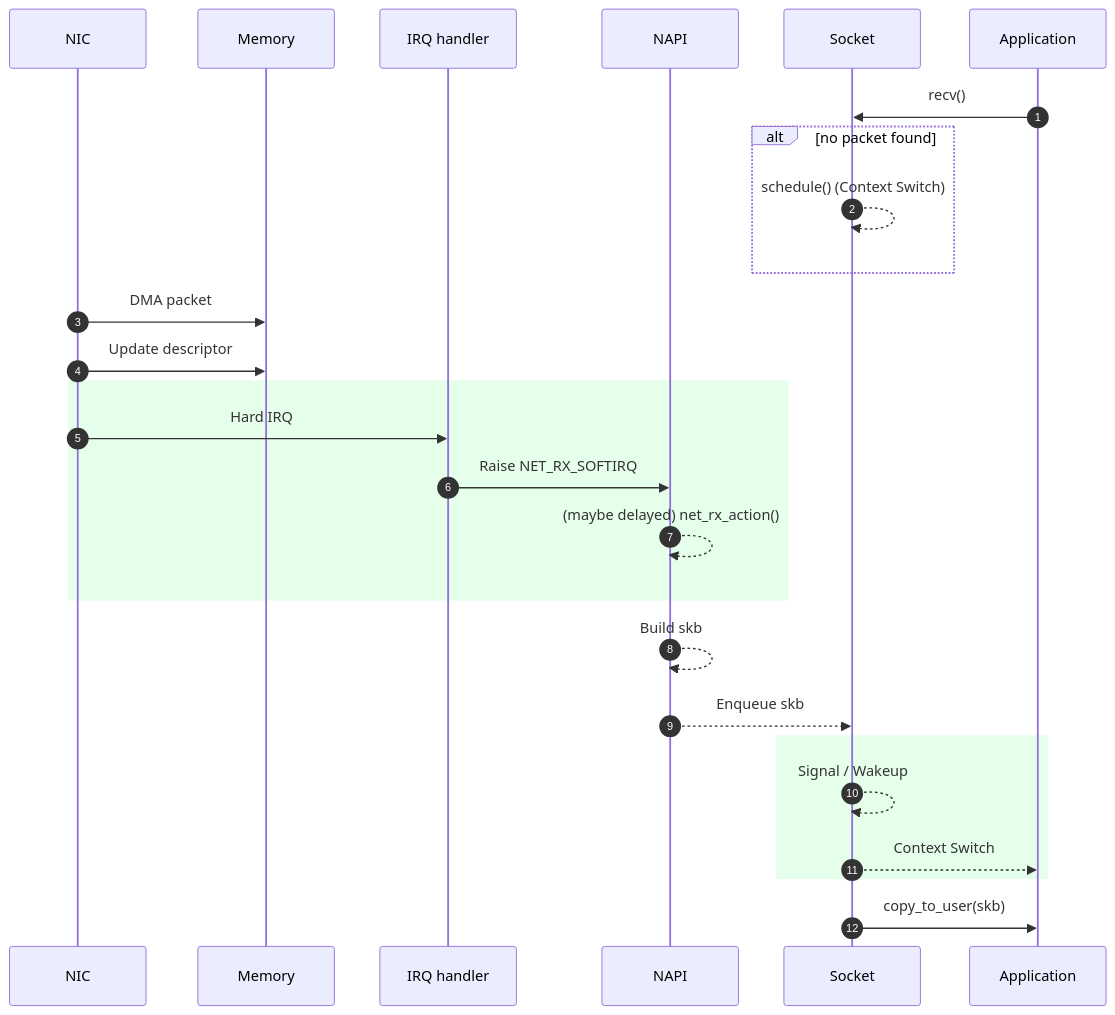
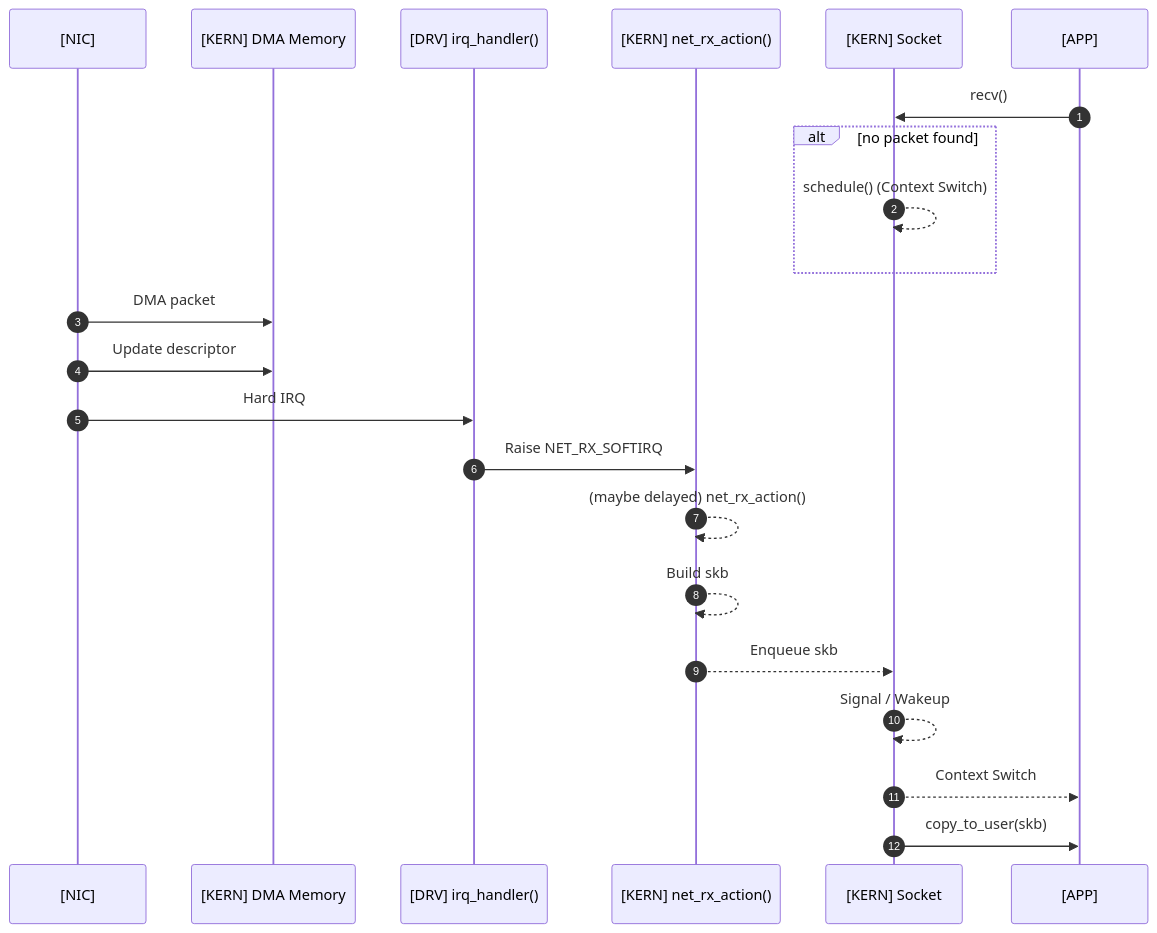
The first of 5 diagrams in posts/napi/04-busy-poll-02-low-latency-socket.md (nuri-hwang/linux-network-posts), drawn with Mermaid before and after one commit. The commit also changed other lines of this file and 1 other file, not shown here.

Commit message:
Rewrite: NAPI busy poll(1/3, 2/3) posts from code-centric to diagram-centric format

````diff
--- a/posts/napi/04-busy-poll-02-low-latency-socket.md
+++ b/posts/napi/04-busy-poll-02-low-latency-socket.md
@@ -12,34 +12,30 @@
 ```mermaid
 sequenceDiagram
-	autonumber
+    autonumber
 
-    participant nic as NIC
-    participant mem as Memory
-    participant irq as IRQ handler
-    participant softirq as NAPI
-    participant sock as Socket
-    participant app as Application
+    participant nic as [NIC]
+    participant mem as [KERN] DMA Memory
+    participant irq as [DRV] irq_handler()
+    participant softirq as [KERN] net_rx_action()
+    participant sock as [KERN] Socket
+    participant app as [APP]
 
     app ->> sock: recv()
     alt no packet found
         sock -->> sock: schedule() (Context Switch)
     end
 
     nic ->> mem: DMA packet
     nic ->> mem: Update descriptor
-    
-    rect rgb(230, 255, 235)
-        nic ->> irq: Hard IRQ
-        irq ->> softirq: Raise NET_RX_SOFTIRQ
-        softirq -->> softirq: (maybe delayed) net_rx_action()
-    end
+
+    nic ->> irq: Hard IRQ
+    irq ->> softirq: Raise NET_RX_SOFTIRQ
+    softirq -->> softirq: (maybe delayed) net_rx_action()
 
     softirq -->> softirq: Build skb
     softirq -->> sock: Enqueue skb
-    
-    rect rgb(230, 255, 235)
-        sock -->> sock: Signal / Wakeup
-        sock -->> app: Context Switch
-    end
+
+    sock -->> sock: Signal / Wakeup
+    sock -->> app: Context Switch
     sock ->> app: copy_to_user(skb)
 ```
````
